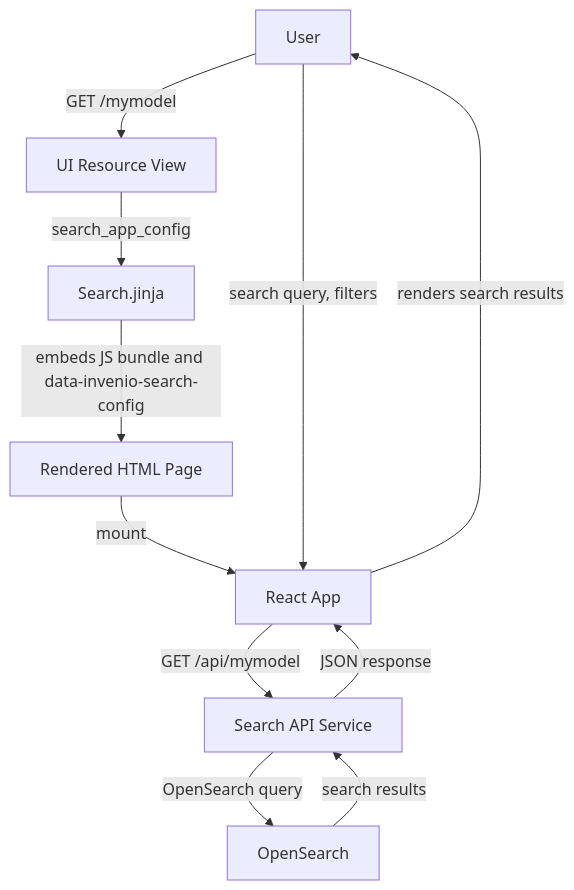
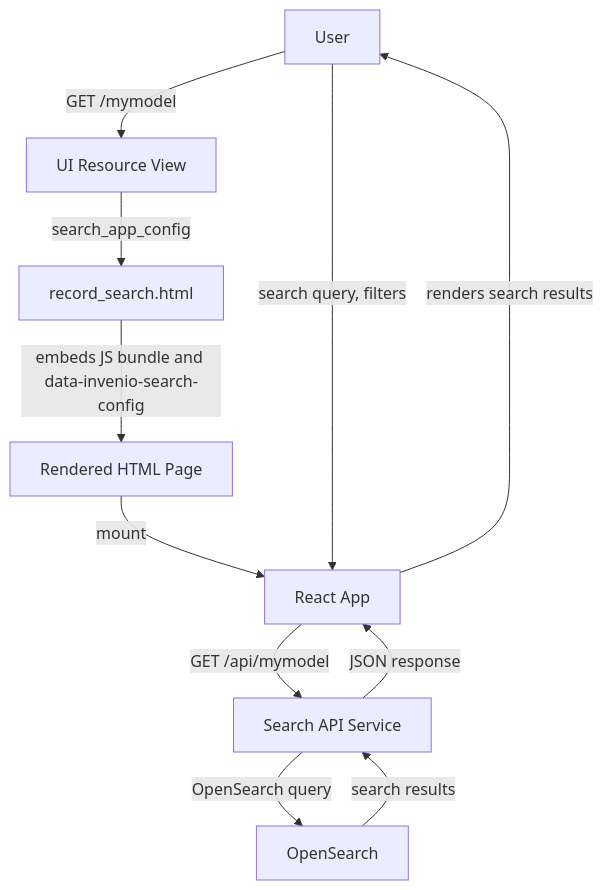
One commit to NRP-CZ/docs changed the first of 2 diagrams in content/customize/model_ui/search.mdx. Above: the diagram before and after it, drawn with Mermaid. The commit also changed other lines of this file and 4 other files, not shown here.

````diff
--- a/content/customize/model_ui/search.mdx
+++ b/content/customize/model_ui/search.mdx
@@ -12,14 +12,14 @@
 ```mermaid
 graph TD
     U[User] -->|GET /mymodel| VR[UI Resource View]
-    VR -->|search_app_config| ST[Search.jinja]
+    VR -->|search_app_config| ST[record_search.html]
     ST -->|embeds JS bundle and data-invenio-search-config| PG[Rendered HTML Page]
     PG -->|mount| RA[React App]
 
     U -->|search query, filters| RA
     RA -->|GET /api/mymodel| SR[Search API Service]
     SR -->|OpenSearch query| ES[OpenSearch]
     ES -->|search results| SR
     SR -->|JSON response| RA
     RA -->|renders search results| U
 ```
````
